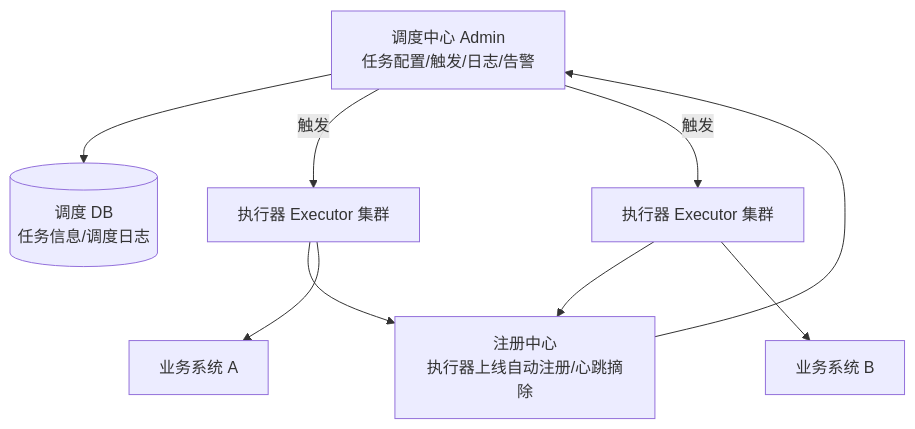
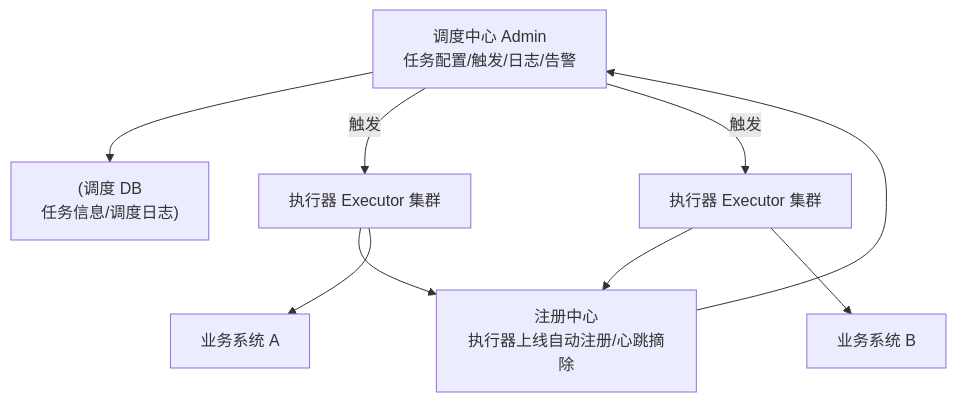
One commit to regding/java-interview-prep changed the fifth of 7 diagrams in 19-system-design-cases-1.md. Above: the diagram before and after it, drawn with Mermaid. The commit also changed other lines of this file and 20 other files, not shown here.

First line of the commit message:
fix: 全库 mermaid 中文节点标签统一加引号

````diff
--- a/19-system-design-cases-1.md
+++ b/19-system-design-cases-1.md
@@ -379,13 +379,13 @@
 ```mermaid
 flowchart TD
-    ADMIN[调度中心 Admin<br/>任务配置/触发/日志/告警]
-    DB[(调度 DB<br/>任务信息/调度日志)]
+    ADMIN["调度中心 Admin<br/>任务配置/触发/日志/告警"]
+    DB["(调度 DB<br/>任务信息/调度日志)"]
     ADMIN --> DB
-    ADMIN -->|触发| EX1[执行器 Executor 集群]
-    ADMIN -->|触发| EX2[执行器 Executor 集群]
-    EX1 --> REG[注册中心<br/>执行器上线自动注册/心跳摘除]
+    ADMIN -->|触发| EX1["执行器 Executor 集群"]
+    ADMIN -->|触发| EX2["执行器 Executor 集群"]
+    EX1 --> REG["注册中心<br/>执行器上线自动注册/心跳摘除"]
     EX2 --> REG
     REG --> ADMIN
-    EX1 --> APP1[业务系统 A]
-    EX2 --> APP2[业务系统 B]
+    EX1 --> APP1["业务系统 A"]
+    EX2 --> APP2["业务系统 B"]
 ```
````
